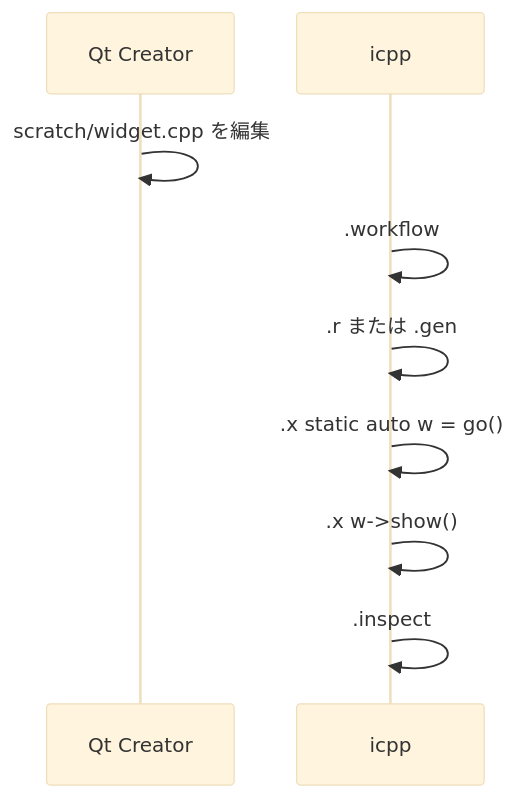
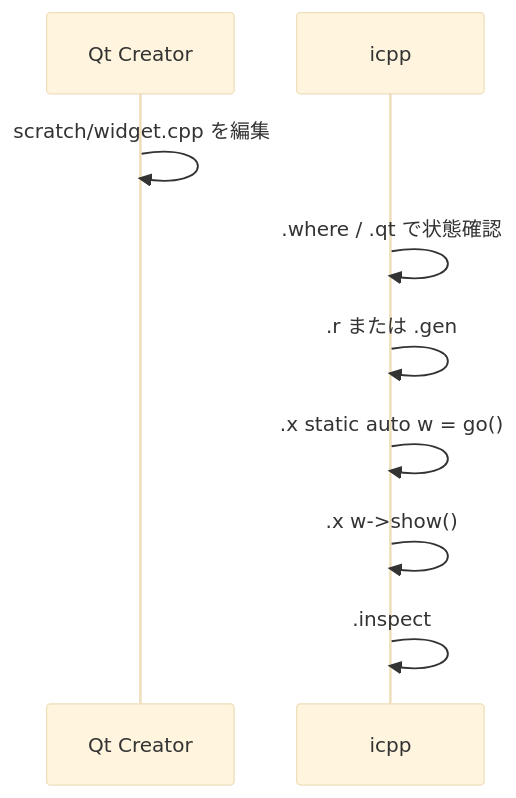
The third of 3 diagrams in icpp/QTCREATOR_GUIDE.md (Kenji-Sugita/qt-tools), drawn with Mermaid (base theme) before and after one commit. The commit also changed other lines of this file and 3 other files, not shown here.

````diff
--- a/icpp/QTCREATOR_GUIDE.md
+++ b/icpp/QTCREATOR_GUIDE.md
@@ -226,11 +258,11 @@
 ```mermaid
 sequenceDiagram
   participant C as Qt Creator
   participant I as icpp
   C->>C: scratch/widget.cpp を編集
-  I->>I: .workflow
+  I->>I: .where / .qt で状態確認
   I->>I: .r または .gen
   I->>I: .x static auto w = go()
   I->>I: .x w->show()
   I->>I: .inspect
 ```
````
